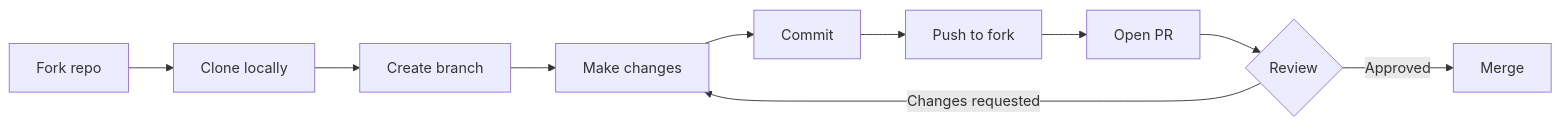
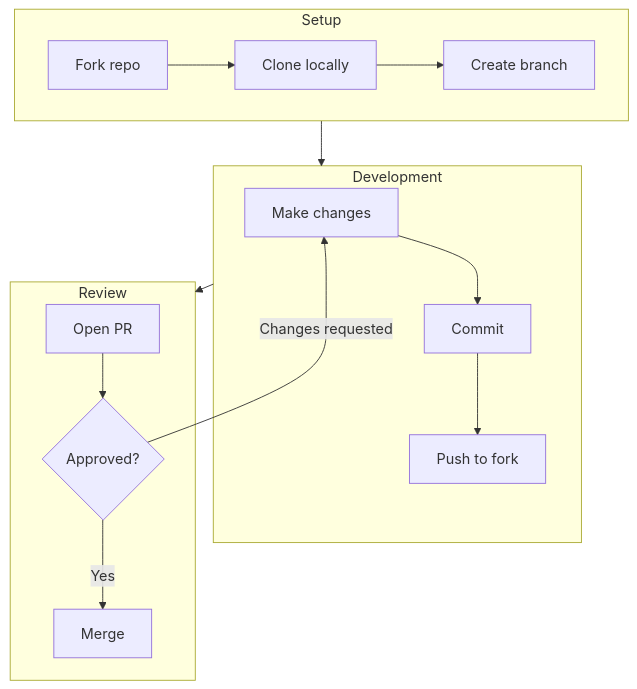
Before and after one commit to cynthiateeters/security-safari-starter: the first of 3 diagrams in docs/tutorials/git-workflow.md, drawn with Mermaid. The commit also changed 2 other files, not shown here.

Commit message:
Improve Mermaid flowchart layout and add VS Code extension
- Restructure workflow diagram using subgraphs for better readability
- Add VS Code extensions.json recommending markdown-mermaid
- Update gitignore to track only extensions.json

````diff
--- a/docs/tutorials/git-workflow.md
+++ b/docs/tutorials/git-workflow.md
@@ -11,12 +11,21 @@
 ```mermaid
-flowchart LR
-    A[Fork repo] --> B[Clone locally]
-    B --> C[Create branch]
-    C --> D[Make changes]
-    D --> E[Commit]
-    E --> F[Push to fork]
-    F --> G[Open PR]
-    G --> H{Review}
-    H -->|Changes requested| D
-    H -->|Approved| I[Merge]
+flowchart TD
+    subgraph Setup
+        A[Fork repo] --> B[Clone locally]
+        B --> C[Create branch]
+    end
+
+    subgraph Development
+        D[Make changes] --> E[Commit]
+        E --> F[Push to fork]
+    end
+
+    subgraph Review
+        G[Open PR] --> H{Approved?}
+        H -->|Changes requested| D
+        H -->|Yes| I[Merge]
+    end
+
+    Setup --> Development
+    Development --> Review
 ```
````
